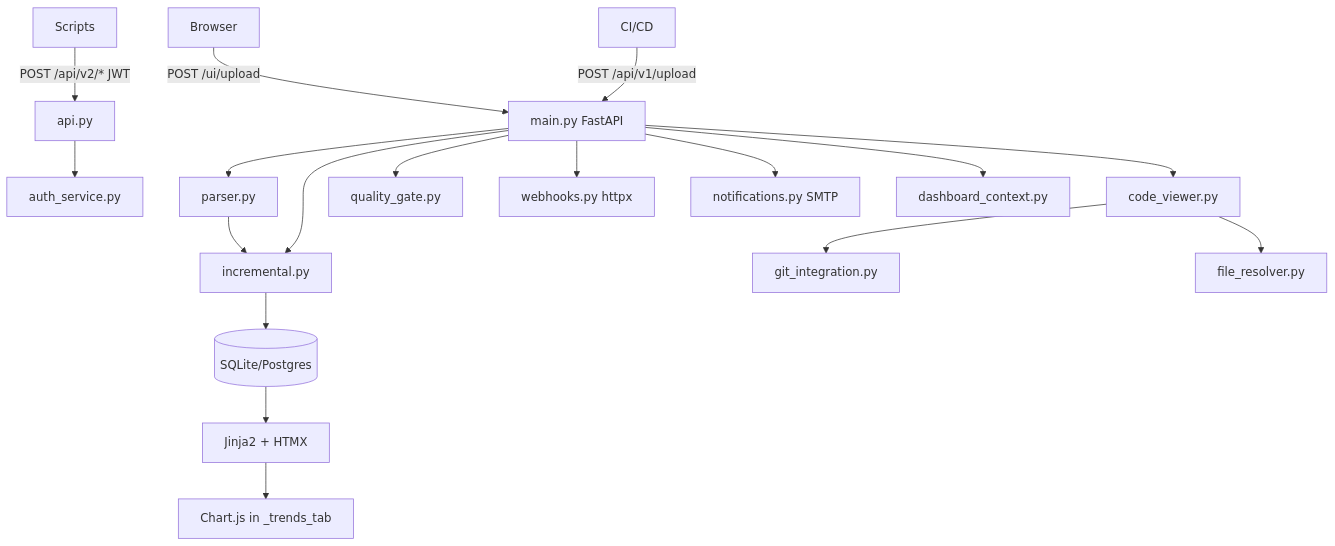
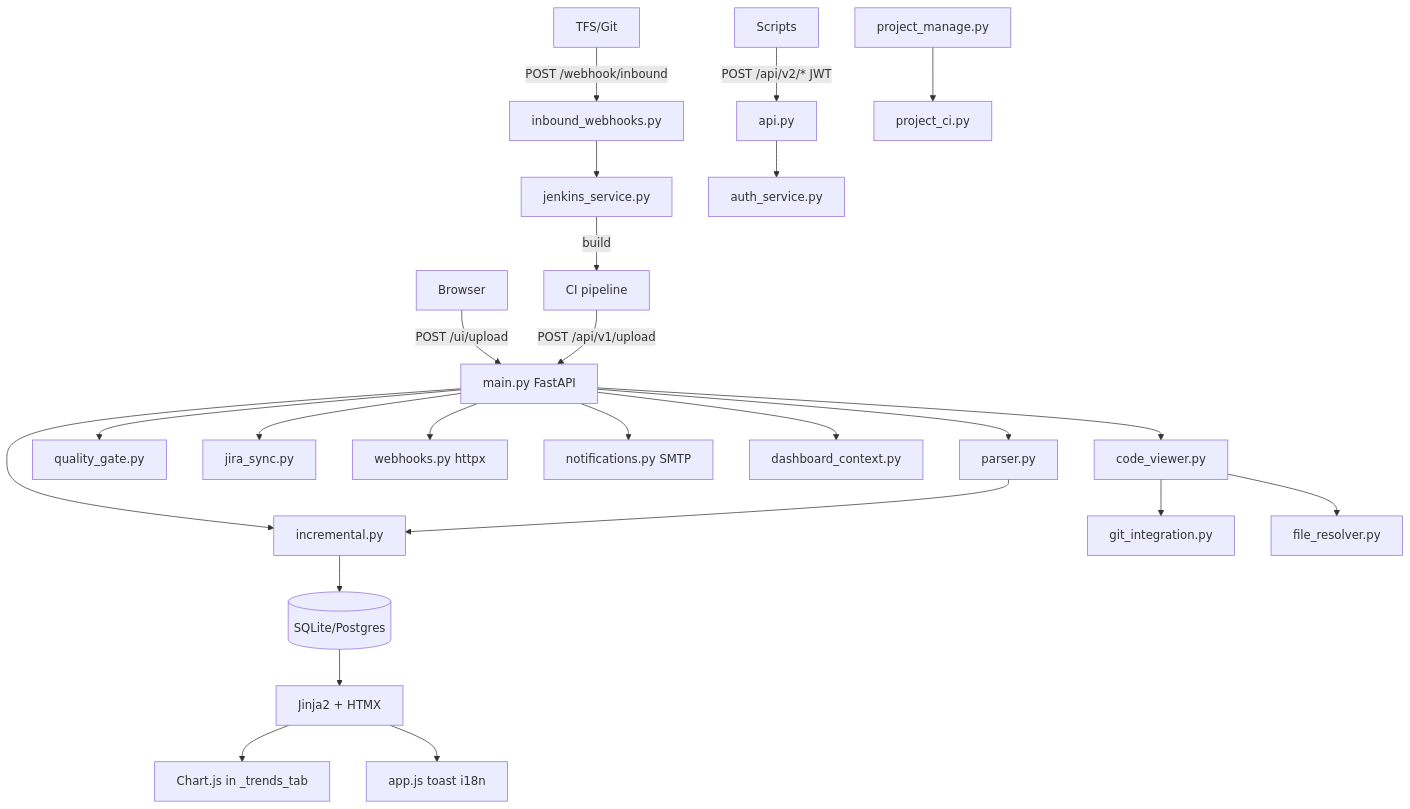
Before and after one commit to RioTwWks/PVS-Studio-Tracker: the diagram in .cursor/context.md, drawn with Mermaid. The commit also changed other lines of this file and 123 other files, not shown here.

First line of the commit message:
Integrate Sonar CI/Jenkins/Jira into the tracker monolith.

````diff
--- a/.cursor/context.md
+++ b/.cursor/context.md
@@ -15,20 +15,26 @@
 ```mermaid
 graph TD
   Browser[Browser] -->|POST /ui/upload| Main[main.py FastAPI]
-  CI[CI/CD] -->|POST /api/v1/upload| Main
+  TFS[TFS/Git] -->|POST /webhook/inbound| Inbound[inbound_webhooks.py]
+  Inbound --> Jenkins[jenkins_service.py]
+  Jenkins -->|build| CI[CI pipeline]
+  CI -->|POST /api/v1/upload| Main
   Scripts[Scripts] -->|POST /api/v2/* JWT| API[api.py]
+  Manage[project_manage.py] --> CIProj[project_ci.py]
   Main --> Parser[parser.py]
   Main --> Diff[incremental.py]
   Main --> QG[quality_gate.py]
+  Main --> Jira[jira_sync.py]
   API --> AuthSvc[auth_service.py]
   Parser --> Diff
   Diff --> DB[(SQLite/Postgres)]
   Main --> Webhooks[webhooks.py httpx]
   Main --> Notify[notifications.py SMTP]
   Main --> DashCtx[dashboard_context.py]
   Main --> CodeViewer[code_viewer.py]
   CodeViewer --> Git[git_integration.py]
   CodeViewer --> Files[file_resolver.py]
   DB --> UI[Jinja2 + HTMX]
   UI --> Chart[Chart.js in _trends_tab]
+  UI --> AppJS[app.js toast i18n]
 ```
````
